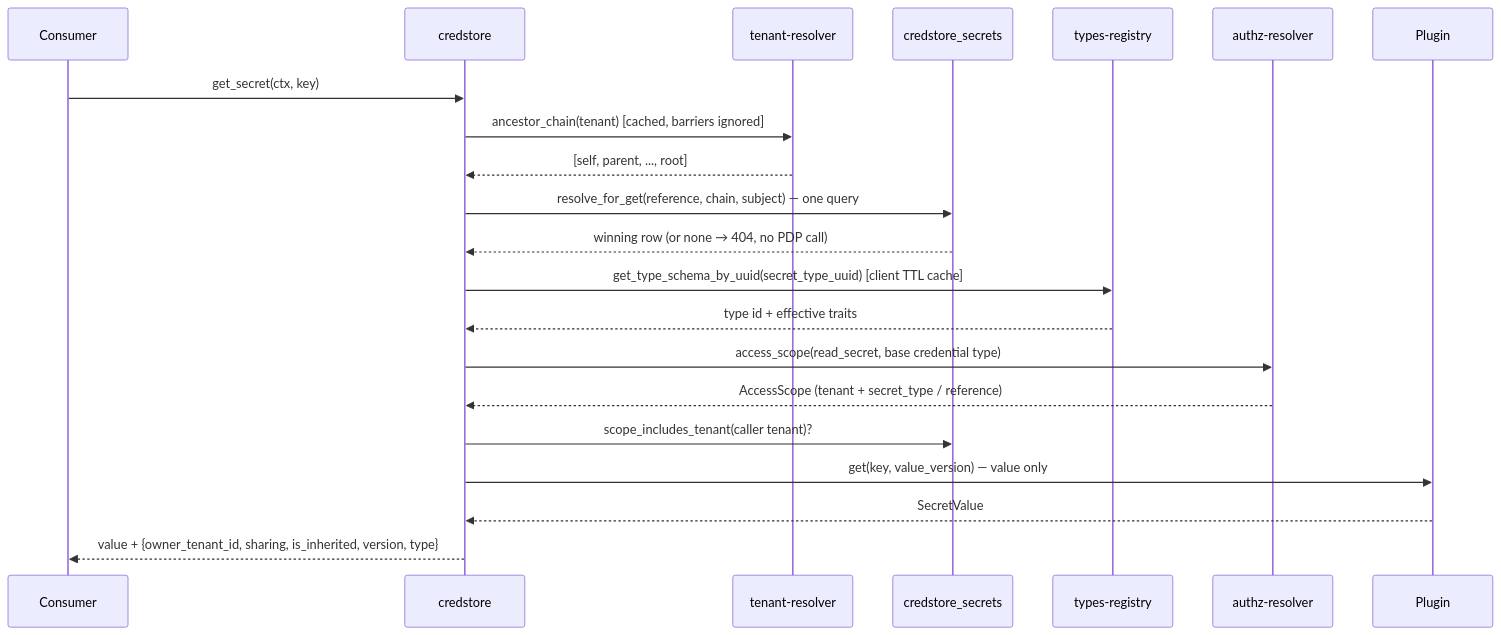
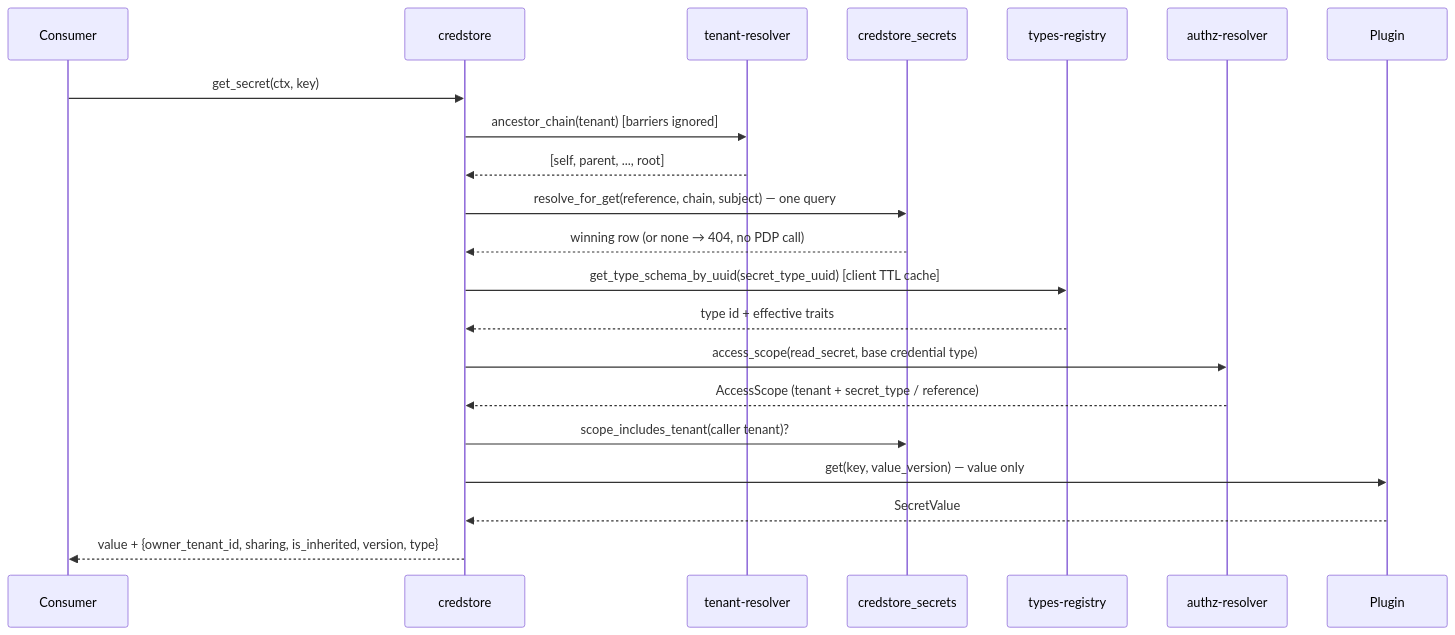
Before and after one commit to ffedoroff/gears-rust: the second of 5 diagrams in gears/credstore/docs/DESIGN.md, drawn with Mermaid. The commit also changed other lines of this file and 17 other files, not shown here.

First line of the commit message:
refactor(credstore): drop the ancestor-chain cache; docs: tolerated faults only

````diff
--- a/gears/credstore/docs/DESIGN.md
+++ b/gears/credstore/docs/DESIGN.md
@@ -644,24 +644,24 @@
 ```mermaid
 sequenceDiagram
     participant C as Consumer
     participant GW as credstore
     participant TR as tenant-resolver
     participant DB as credstore_secrets
     participant GTS as types-registry
     participant PDP as authz-resolver
     participant P as Plugin
 
     C->>GW: get_secret(ctx, key)
-    GW->>TR: ancestor_chain(tenant) [cached, barriers ignored]
+    GW->>TR: ancestor_chain(tenant) [barriers ignored]
     TR-->>GW: [self, parent, ..., root]
     GW->>DB: resolve_for_get(reference, chain, subject) — one query
     DB-->>GW: winning row (or none → 404, no PDP call)
     GW->>GTS: get_type_schema_by_uuid(secret_type_uuid) [client TTL cache]
     GTS-->>GW: type id + effective traits
     GW->>PDP: access_scope(read_secret, base credential type)
     PDP-->>GW: AccessScope (tenant + secret_type / reference)
     GW->>DB: scope_includes_tenant(caller tenant)?
     GW->>P: get(key, value_version) — value only
     P-->>GW: SecretValue
     GW-->>C: value + {owner_tenant_id, sharing, is_inherited, version, type}
 ```
````
